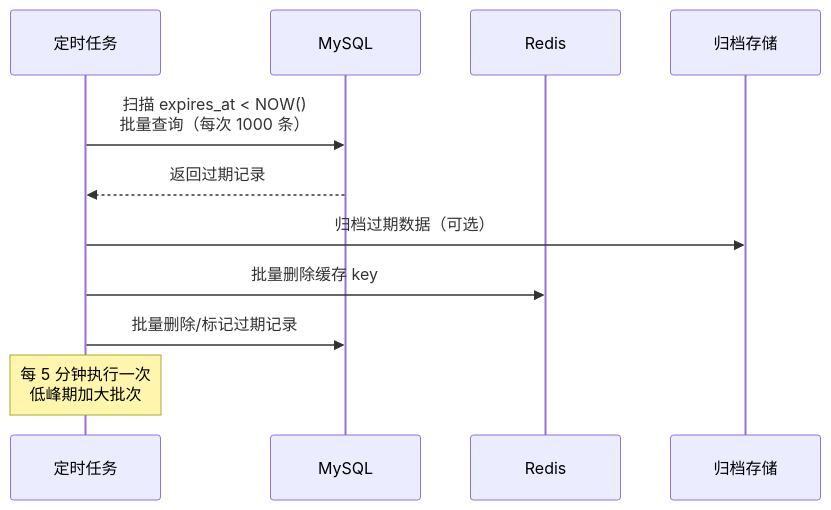
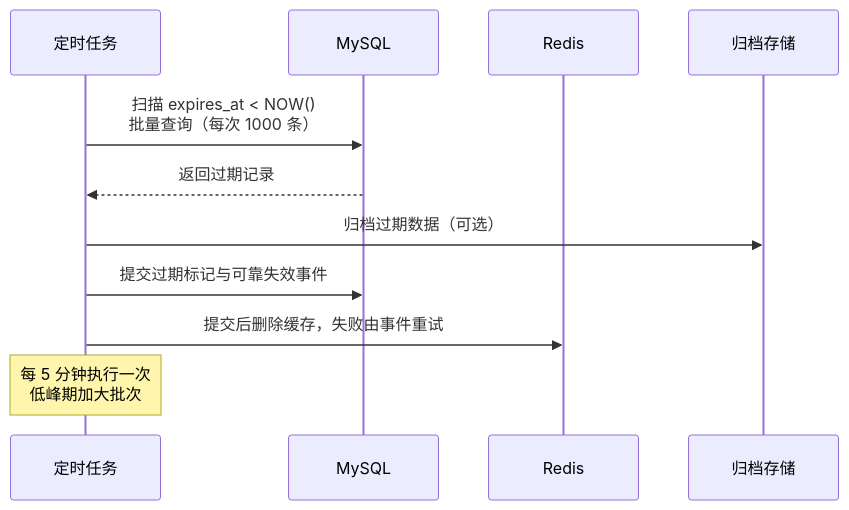
Before and after one commit to liukun2634/dev-interview-guide: the sixth of 7 diagrams in docs/system-design/system-design-methodology.md, drawn with Mermaid. The commit also changed other lines of this file and 6 other files, not shown here.

````diff
--- a/docs/system-design/system-design-methodology.md
+++ b/docs/system-design/system-design-methodology.md
@@ -530,15 +592,15 @@
 ```mermaid
 sequenceDiagram
     participant Scheduler as 定时任务
     participant DB as MySQL
     participant Cache as Redis
     participant Archive as 归档存储
     
     Scheduler->>DB: 扫描 expires_at < NOW()<br/>批量查询（每次 1000 条）
     DB-->>Scheduler: 返回过期记录
     Scheduler->>Archive: 归档过期数据（可选）
-    Scheduler->>Cache: 批量删除缓存 key
-    Scheduler->>DB: 批量删除/标记过期记录
+    Scheduler->>DB: 提交过期标记与可靠失效事件
+    Scheduler->>Cache: 提交后删除缓存，失败由事件重试
     
     Note over Scheduler: 每 5 分钟执行一次<br/>低峰期加大批次
 ```
````
